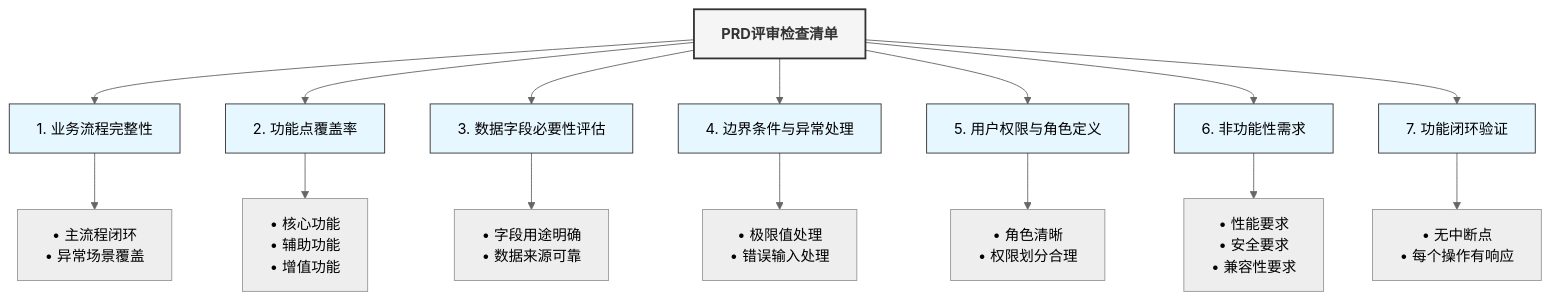
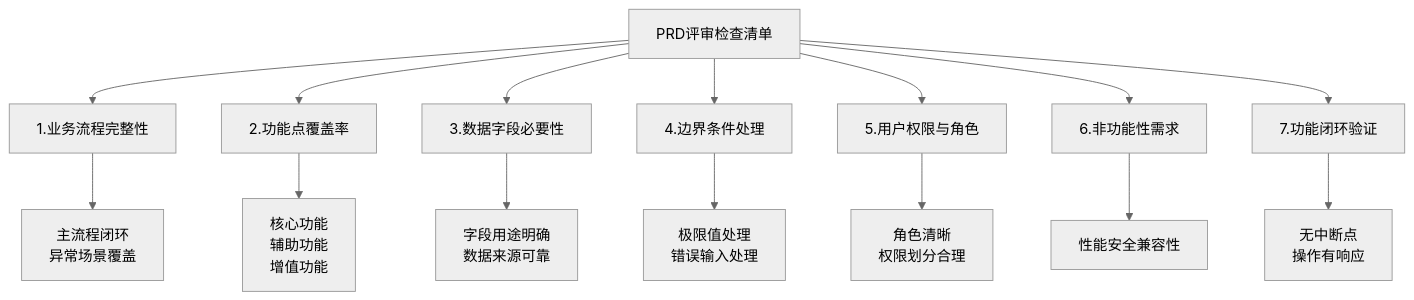
The second of 11 diagrams in 开发流程图.md (Taskon-xyz/PR), drawn with Mermaid (neutral theme) before and after one commit. The commit also changed other lines of this file and 2 other files, not shown here.

````diff
--- a/开发流程图.md
+++ b/开发流程图.md
@@ -51,26 +25,18 @@
 ```mermaid
-graph TB
-    classDef mainNode fill:#f5f5f5,stroke:#333,stroke-width:2px,color:#333,font-weight:bold
-    classDef subNode fill:#e6f7ff,stroke:#333,stroke-width:1px
+graph TD
+    PRD_Check[PRD评审检查清单] --> B1[1.业务流程完整性]
+    PRD_Check --> B2[2.功能点覆盖率]
+    PRD_Check --> B3[3.数据字段必要性]
+    PRD_Check --> B4[4.边界条件处理]
+    PRD_Check --> B5[5.用户权限与角色]
+    PRD_Check --> B6[6.非功能性需求]
+    PRD_Check --> B7[7.功能闭环验证]
     
-    PRD_Check["PRD评审检查清单"]
-    
-    PRD_Check --> BusinessProcess["1. 业务流程完整性"]
-    PRD_Check --> Features["2. 功能点覆盖率"]
-    PRD_Check --> DataFields["3. 数据字段必要性评估"]
-    PRD_Check --> Boundaries["4. 边界条件与异常处理"]
-    PRD_Check --> Roles["5. 用户权限与角色定义"]
-    PRD_Check --> NonFunc["6. 非功能性需求"]
-    PRD_Check --> Loop["7. 功能闭环验证"]
-    
-    BusinessProcess --> BP1["• 主流程闭环<br>• 异常场景覆盖"]
-    Features --> FT1["• 核心功能<br>• 辅助功能<br>• 增值功能"]
-    DataFields --> DF1["• 字段用途明确<br>• 数据来源可靠"]
-    Boundaries --> BN1["• 极限值处理<br>• 错误输入处理"]
-    Roles --> RL1["• 角色清晰<br>• 权限划分合理"]
-    NonFunc --> NF1["• 性能要求<br>• 安全要求<br>• 兼容性要求"]
-    Loop --> LP1["• 无中断点<br>• 每个操作有响应"]
-    
-    class PRD_Check mainNode
-    class BusinessProcess,Features,DataFields,Boundaries,Roles,NonFunc,Loop subNode
+    B1 --> B1_1[主流程闭环<br>异常场景覆盖]
+    B2 --> B2_1[核心功能<br>辅助功能<br>增值功能]
+    B3 --> B3_1[字段用途明确<br>数据来源可靠]
+    B4 --> B4_1[极限值处理<br>错误输入处理]
+    B5 --> B5_1[角色清晰<br>权限划分合理]
+    B6 --> B6_1[性能安全兼容性]
+    B7 --> B7_1[无中断点<br>操作有响应]
 ```
````
